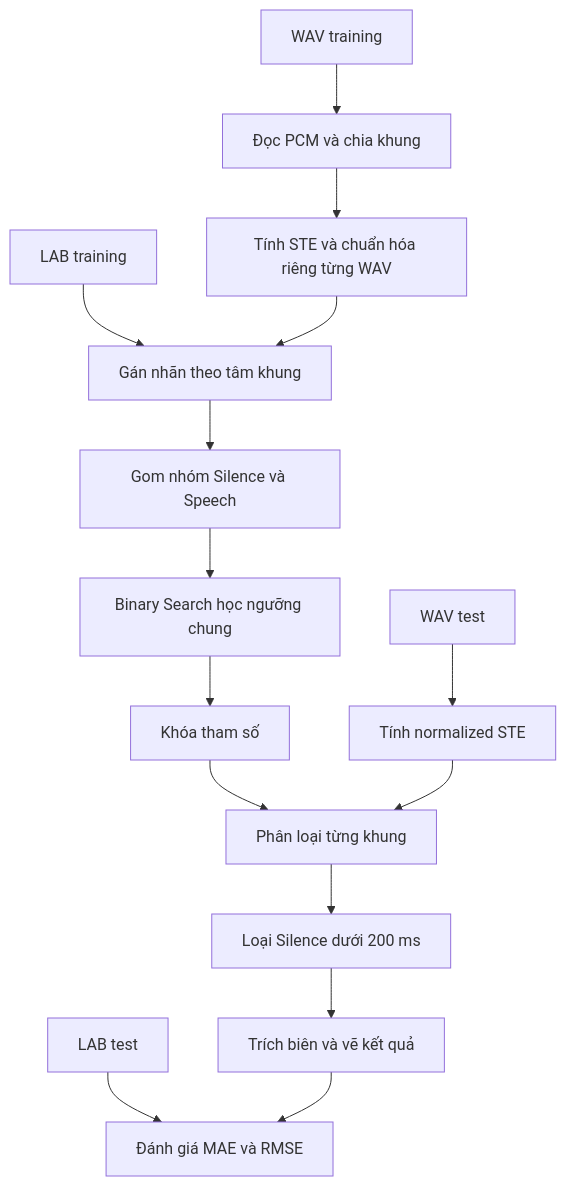
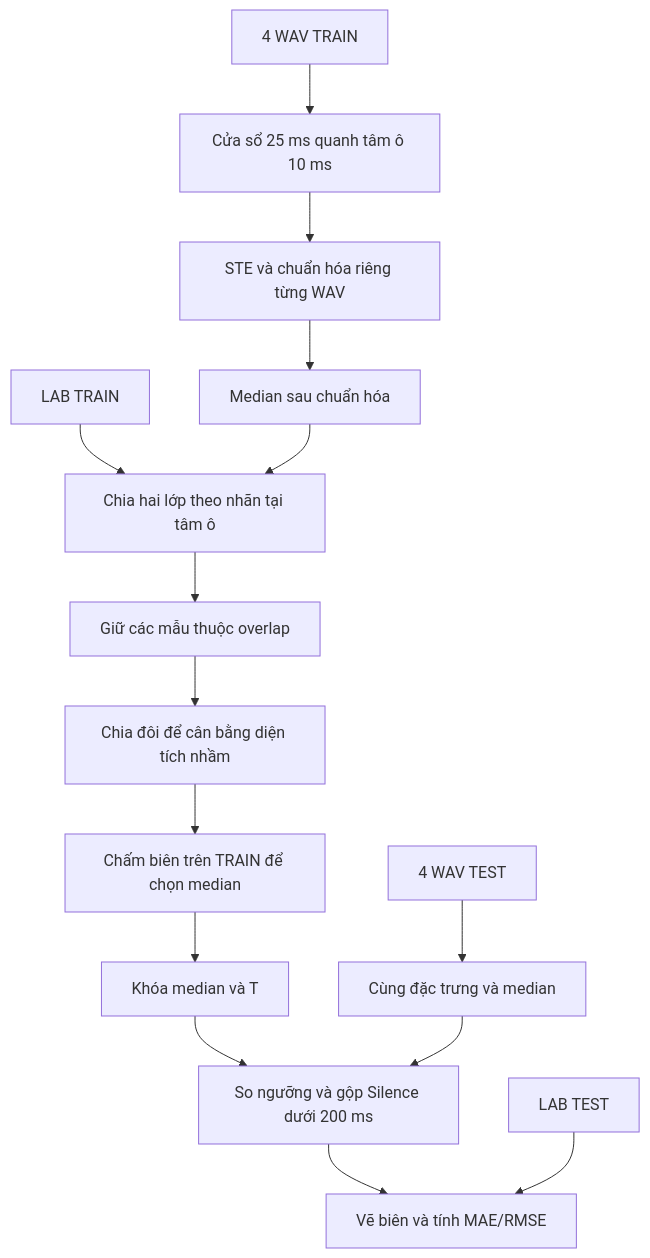
Before and after one commit to VoThanhQuan-Pentest/XLTHS: the diagram in TT1_BinarySearch/BAO_CAO_BINARY_SEARCH.md, drawn with Mermaid. The commit also changed other lines of this file and 46 other files, not shown here.

```diff
--- a/TT1_BinarySearch/BAO_CAO_BINARY_SEARCH.md
+++ b/TT1_BinarySearch/BAO_CAO_BINARY_SEARCH.md
@@ -55,17 +17,17 @@
 ~~~mermaid
 flowchart TD
-    A[WAV training] --> B[Đọc PCM và chia khung]
-    B --> C[Tính STE và chuẩn hóa riêng từng WAV]
-    L[LAB training] --> D[Gán nhãn theo tâm khung]
-    C --> D
-    D --> E[Gom nhóm Silence và Speech]
-    E --> F[Binary Search học ngưỡng chung]
-    F --> G[Khóa tham số]
-    T[WAV test] --> H[Tính normalized STE]
-    G --> I[Phân loại từng khung]
-    H --> I
-    I --> J[Loại Silence dưới 200 ms]
-    J --> K[Trích biên và vẽ kết quả]
-    R[LAB test] --> M[Đánh giá MAE và RMSE]
+    A[4 WAV TRAIN] --> B[Cửa sổ 25 ms quanh tâm ô 10 ms]
+    B --> C[STE và chuẩn hóa riêng từng WAV]
+    C --> D[Median sau chuẩn hóa]
+    L[LAB TRAIN] --> E[Chia hai lớp theo nhãn tại tâm ô]
+    D --> E
+    E --> F[Giữ các mẫu thuộc overlap]
+    F --> G[Chia đôi để cân bằng diện tích nhầm]
+    G --> H[Chấm biên trên TRAIN để chọn median]
+    H --> I[Khóa median và T]
+    J[4 WAV TEST] --> K[Cùng đặc trưng và median]
+    I --> M[So ngưỡng và gộp Silence dưới 200 ms]
     K --> M
+    M --> N[Vẽ biên và tính MAE/RMSE]
+    R[LAB TEST] --> N
 ~~~
```
